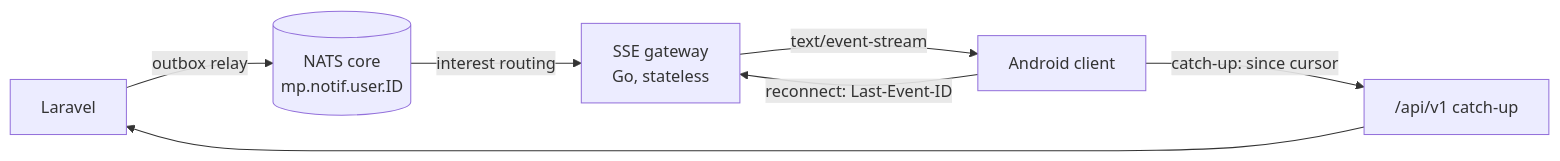
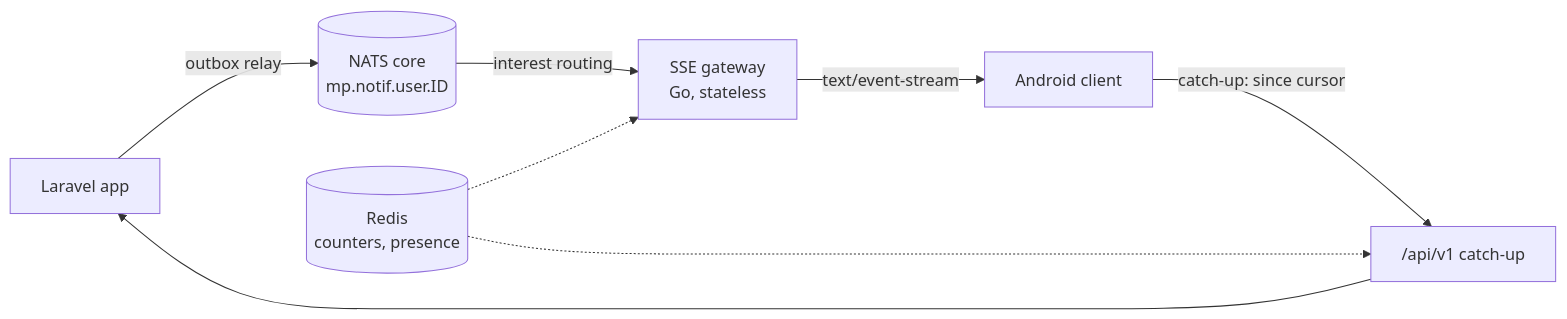
The diagram in docs/upstream-notification-api.md (lasseborly/unofficial-meningspunktet-android), drawn with Mermaid before and after one commit. The commit also changed other lines of this file, not shown here.

````diff
--- a/docs/upstream-notification-api.md
+++ b/docs/upstream-notification-api.md
@@ -15,9 +22,10 @@
 ```mermaid
 flowchart LR
-  A[Laravel] -->|outbox relay| N[(NATS core<br/>mp.notif.user.ID)]
+  A[Laravel app] -->|outbox relay| N[(NATS core<br/>mp.notif.user.ID)]
   N -->|interest routing| G[SSE gateway<br/>Go, stateless]
   G -->|text/event-stream| C[Android client]
-  C -->|reconnect: Last-Event-ID| G
   C -->|catch-up: since cursor| P["/api/v1 catch-up"]
   P --> A
+  R[(Redis<br/>counters, presence)] -.-> G
+  R -.-> P
 ```
````
